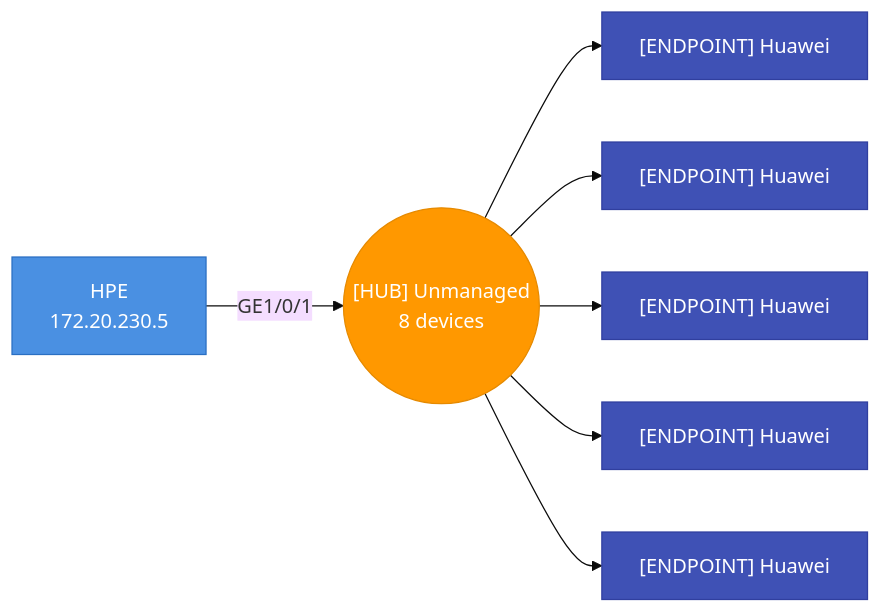
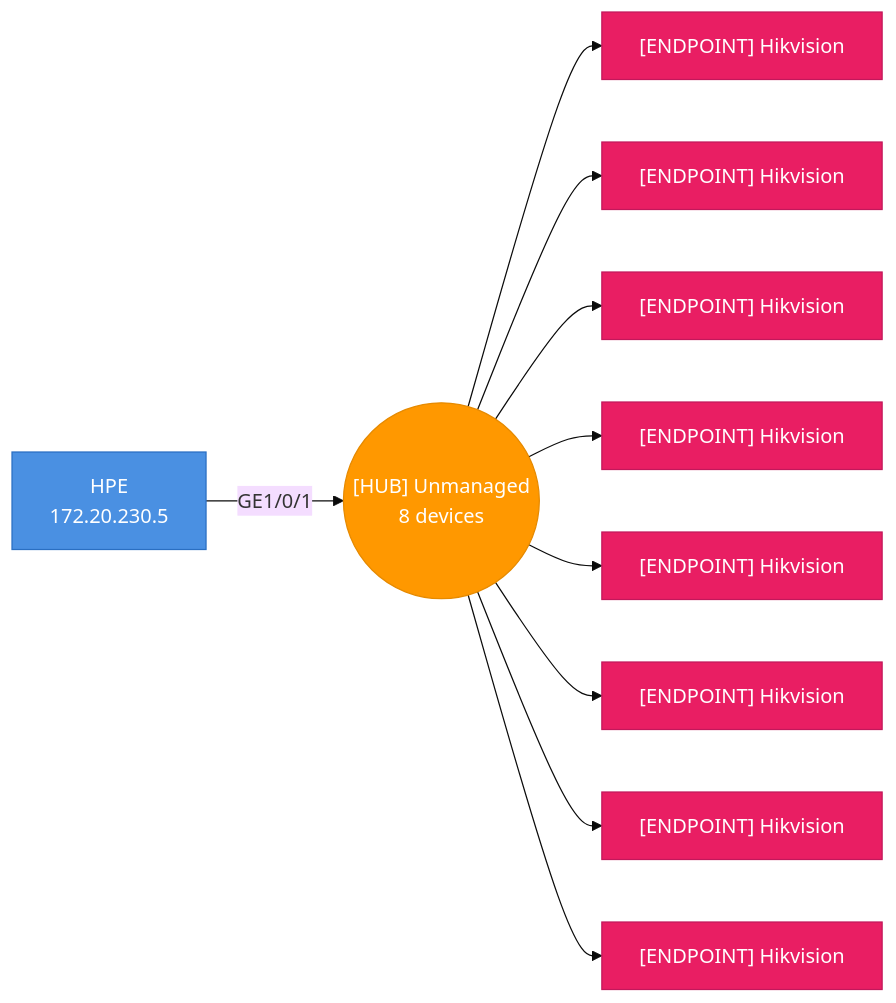
Before and after one commit to djamic/LLDP-Skanner-Go: diagram 11 of 51 in testdata/golden/report_esxi_sections.md, drawn with Mermaid (base theme). The commit also changed other lines of this file and 16 other files, not shown here.

````diff
--- a/testdata/golden/report_esxi_sections.md
+++ b/testdata/golden/report_esxi_sections.md
@@ -254,23 +281,32 @@
 ```mermaid
 graph LR
   hub_4caea3a218ec_p1(("[HUB] Unmanaged<br>8 devices"))
   4caea3a218ec["HPE<br>172.20.230.5"]
   4caea3a218ec-- "GE1/0/1" -->hub_4caea3a218ec_p1
   style 4caea3a218ec fill:#4A90E2,stroke:#2A6FC2,color:#fff
-  bc9b5e37bf45["[ENDPOINT] Huawei"]
+  bc9b5e37bf45["[ENDPOINT] Hikvision"]
   hub_4caea3a218ec_p1-->bc9b5e37bf45
-  style bc9b5e37bf45 fill:#3F51B5,stroke:#303F9F,color:#fff
-  bc9b5e37bf46["[ENDPOINT] Huawei"]
+  style bc9b5e37bf45 fill:#E91E63,stroke:#C2185B,color:#fff
+  bc9b5e37bf46["[ENDPOINT] Hikvision"]
   hub_4caea3a218ec_p1-->bc9b5e37bf46
-  style bc9b5e37bf46 fill:#3F51B5,stroke:#303F9F,color:#fff
-  bc9b5e37bf4c["[ENDPOINT] Huawei"]
+  style bc9b5e37bf46 fill:#E91E63,stroke:#C2185B,color:#fff
+  bc9b5e37bf4c["[ENDPOINT] Hikvision"]
   hub_4caea3a218ec_p1-->bc9b5e37bf4c
-  style bc9b5e37bf4c fill:#3F51B5,stroke:#303F9F,color:#fff
-  bc9b5e37bf4d["[ENDPOINT] Huawei"]
+  style bc9b5e37bf4c fill:#E91E63,stroke:#C2185B,color:#fff
+  bc9b5e37bf4d["[ENDPOINT] Hikvision"]
   hub_4caea3a218ec_p1-->bc9b5e37bf4d
-  style bc9b5e37bf4d fill:#3F51B5,stroke:#303F9F,color:#fff
-  bc9b5e37bf4e["[ENDPOINT] Huawei"]
+  style bc9b5e37bf4d fill:#E91E63,stroke:#C2185B,color:#fff
+  bc9b5e37bf4e["[ENDPOINT] Hikvision"]
   hub_4caea3a218ec_p1-->bc9b5e37bf4e
-  style bc9b5e37bf4e fill:#3F51B5,stroke:#303F9F,color:#fff
+  style bc9b5e37bf4e fill:#E91E63,stroke:#C2185B,color:#fff
+  bc9b5e37bf54["[ENDPOINT] Hikvision"]
+  hub_4caea3a218ec_p1-->bc9b5e37bf54
+  style bc9b5e37bf54 fill:#E91E63,stroke:#C2185B,color:#fff
+  bc9b5e37bf55["[ENDPOINT] Hikvision"]
+  hub_4caea3a218ec_p1-->bc9b5e37bf55
+  style bc9b5e37bf55 fill:#E91E63,stroke:#C2185B,color:#fff
+  bc9b5e37bf5a["[ENDPOINT] Hikvision"]
+  hub_4caea3a218ec_p1-->bc9b5e37bf5a
+  style bc9b5e37bf5a fill:#E91E63,stroke:#C2185B,color:#fff
   style hub_4caea3a218ec_p1 fill:#FF9800,stroke:#E68A00,color:#fff
 ```
````
